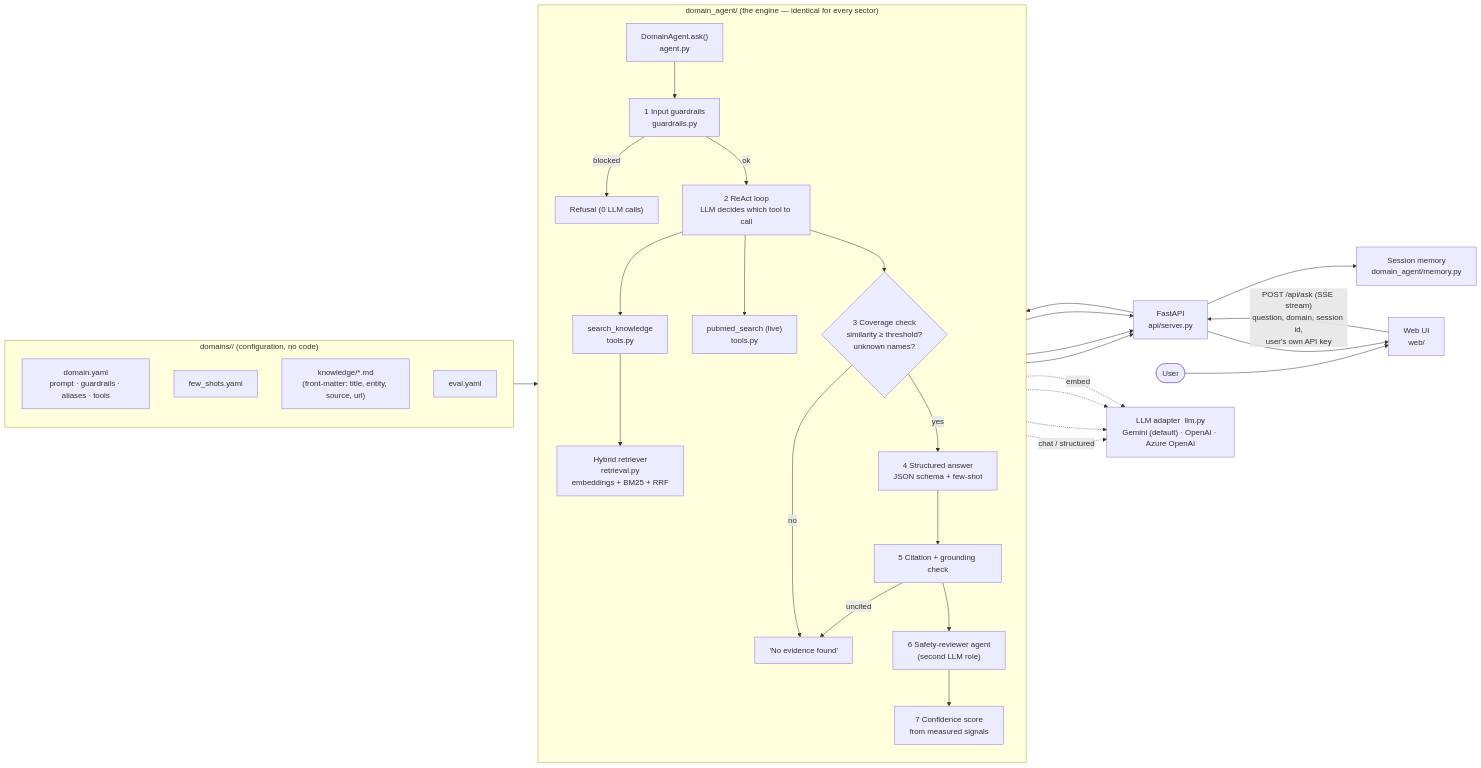
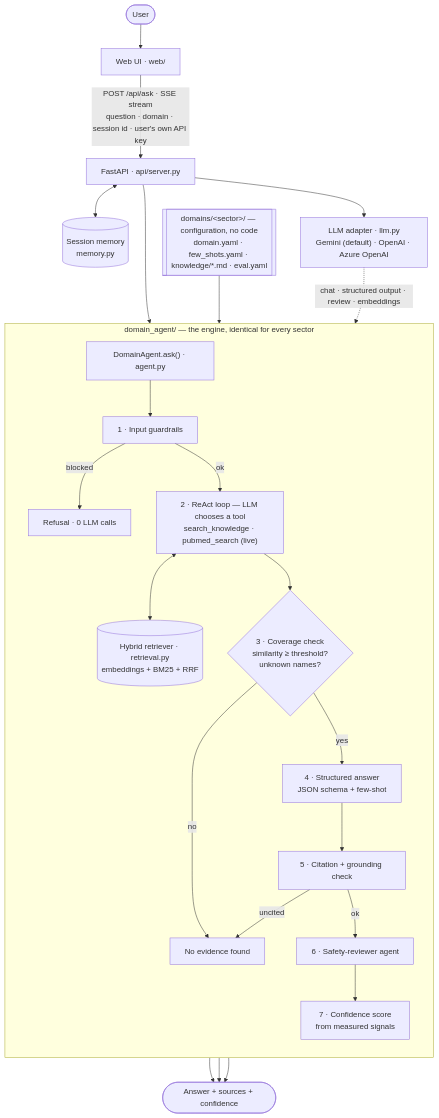
The first of 2 diagrams in docs/ARCHITECTURE.md (sohailaabuelliel/domain-agents), drawn with Mermaid before and after one commit. The commit also changed other lines of this file and 37 other files, not shown here.

Commit message:
UI redesign: live model list per provider, EN/Arabic UI toggle, Mermaid charts in docs, generated icons

````diff
--- a/docs/ARCHITECTURE.md
+++ b/docs/ARCHITECTURE.md
@@ -7,42 +7,31 @@
 ```mermaid
-flowchart LR
-    U([User]) --> UI["Web UI<br/>web/"]
-    UI -- "POST /api/ask (SSE stream)<br/>question, domain, session id,<br/>user's own API key" --> API["FastAPI<br/>api/server.py"]
-    API --> MEM["Session memory<br/>domain_agent/memory.py"]
-    API --> AG
+flowchart TB
+    U([User]) --> UI["Web UI · web/"]
+    UI -- "POST /api/ask · SSE stream<br/>question · domain · session id · user's own API key" --> API["FastAPI · api/server.py"]
+    API <--> MEM[("Session memory<br/>memory.py")]
+    CFG[["domains/#lt;sector#gt;/ — configuration, no code<br/>domain.yaml · few_shots.yaml · knowledge/*.md · eval.yaml"]]
 
-    subgraph ENGINE["domain_agent/  (the engine — identical for every sector)"]
+    subgraph ENGINE["domain_agent/ — the engine, identical for every sector"]
         direction TB
-        AG["DomainAgent.ask()<br/>agent.py"] --> G1["1 Input guardrails<br/>guardrails.py"]
-        G1 -- blocked --> REF["Refusal (0 LLM calls)"]
-        G1 -- ok --> LOOP["2 ReAct loop<br/>LLM decides which tool to call"]
-        LOOP --> T1["search_knowledge<br/>tools.py"]
-        LOOP --> T2["pubmed_search (live)<br/>tools.py"]
-        T1 --> RET["Hybrid retriever<br/>retrieval.py<br/>embeddings + BM25 + RRF"]
-        LOOP --> COV{"3 Coverage check<br/>similarity ≥ threshold?<br/>unknown names?"}
-        COV -- no --> NE["'No evidence found'"]
-        COV -- yes --> ANS["4 Structured answer<br/>JSON schema + few-shot"]
-        ANS --> VER["5 Citation + grounding check"]
-        VER -- "uncited" --> NE
-        VER --> REV["6 Safety-reviewer agent<br/>(second LLM role)"]
-        REV --> CONF["7 Confidence score<br/>from measured signals"]
+        AG["DomainAgent.ask() · agent.py"] --> G1["1 · Input guardrails"]
+        G1 -- blocked --> REF["Refusal · 0 LLM calls"]
+        G1 -- ok --> LOOP["2 · ReAct loop — LLM chooses a tool<br/>search_knowledge · pubmed_search (live)"]
+        LOOP <--> RET[("Hybrid retriever · retrieval.py<br/>embeddings + BM25 + RRF")]
+        LOOP --> COV{"3 · Coverage check<br/>similarity ≥ threshold?<br/>unknown names?"}
+        COV -- no --> NE["No evidence found"]
+        COV -- yes --> ANS["4 · Structured answer<br/>JSON schema + few-shot"]
+        ANS --> VER["5 · Citation + grounding check"]
+        VER -- uncited --> NE
+        VER -- ok --> REV["6 · Safety-reviewer agent"]
+        REV --> CONF["7 · Confidence score<br/>from measured signals"]
     end
 
-    LOOP -. "chat / structured" .-> LLM
-    ANS -.-> LLM
-    REV -.-> LLM
-    RET -. "embed" .-> LLM
-    LLM["LLM adapter  llm.py<br/>Gemini (default) · OpenAI · Azure OpenAI"]
-
-    subgraph DOM["domains/<sector>/  (configuration, no code)"]
-        Y1["domain.yaml<br/>prompt · guardrails · aliases · tools"]
-        Y2["few_shots.yaml"]
-        Y3["knowledge/*.md<br/>(front-matter: title, entity, source, url)"]
-        Y4["eval.yaml"]
-    end
-    DOM --> ENGINE
-    CONF --> API
-    NE --> API
-    REF --> API
-    API --> UI
+    API --> AG
+    CFG --> AG
+    LLM["LLM adapter · llm.py<br/>Gemini (default) · OpenAI · Azure OpenAI"]
+    API --> LLM
+    LLM -. "chat · structured output · review · embeddings" .-> ENGINE
+    CONF --> OUT(["Answer + sources + confidence"])
+    NE --> OUT
+    REF --> OUT
 ```
````
